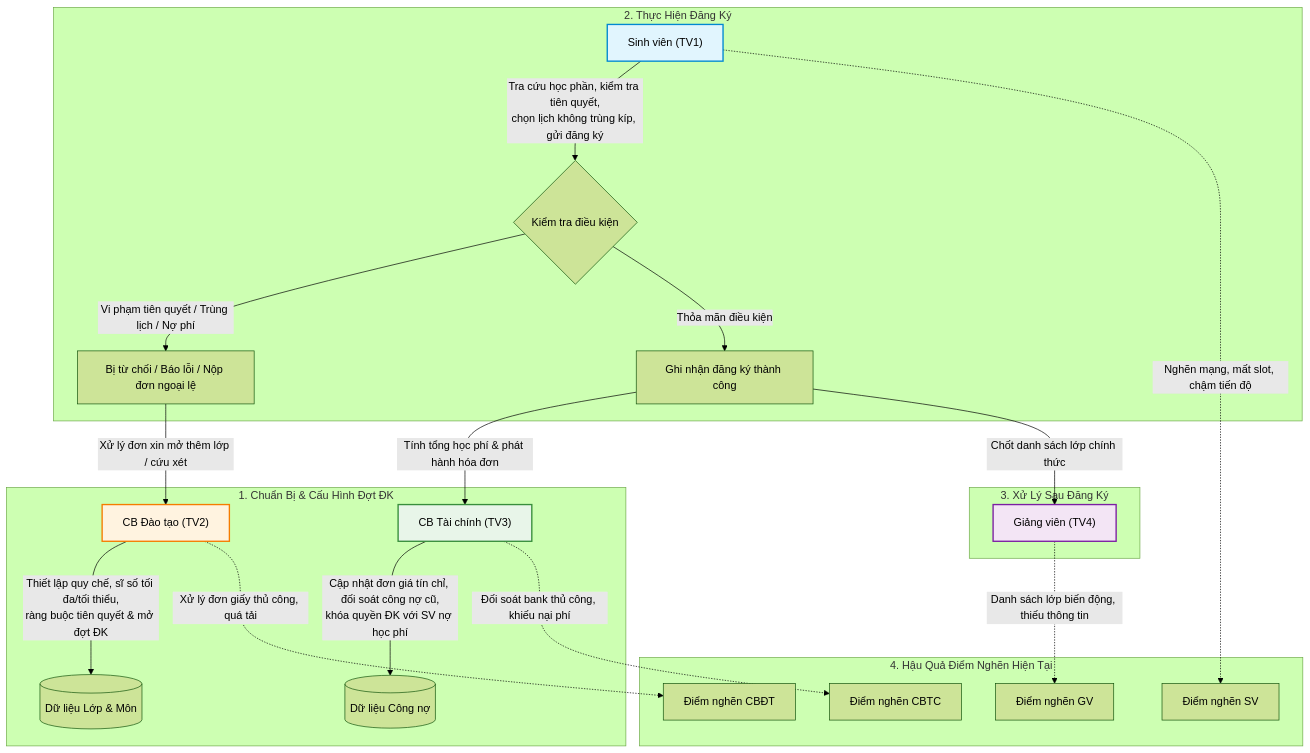
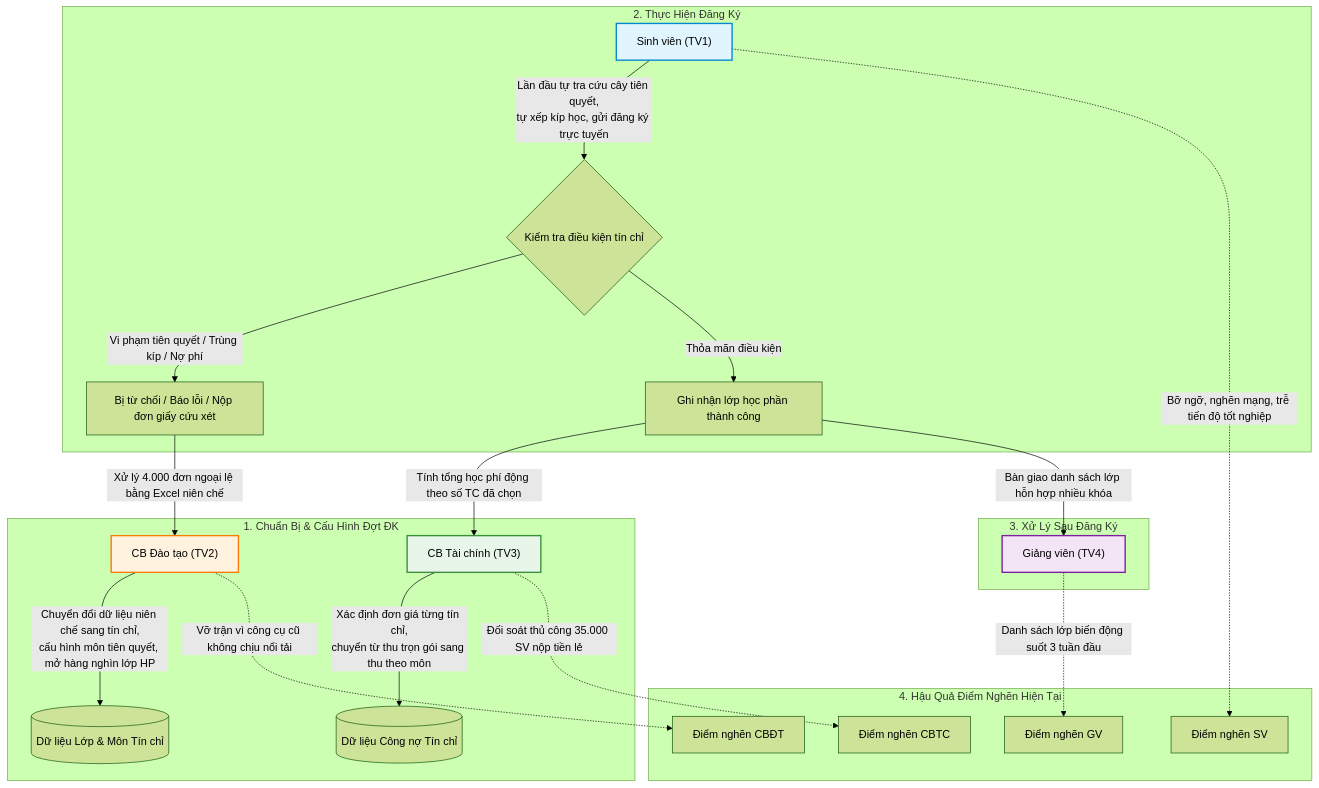
The first of 2 diagrams in docs/huong-dan-ke-hoach-bai-tap-1.md (cacancap/IT3120_QuanLyDaoTao), drawn with Mermaid (forest theme) before and after one commit. The commit also changed other lines of this file and 6 other files, not shown here.

````diff
--- a/docs/huong-dan-ke-hoach-bai-tap-1.md
+++ b/docs/huong-dan-ke-hoach-bai-tap-1.md
@@ -60,31 +72,31 @@
 ```mermaid
 flowchart TD
     subgraph S1["1. Chuẩn Bị & Cấu Hình Đợt ĐK"]
-        A["CB Đào tạo (TV2)"] -->|"Thiết lập quy chế, sĩ số tối đa/tối thiểu,<br/>ràng buộc tiên quyết & mở đợt ĐK"| DB[("Dữ liệu Lớp & Môn")]
-        B["CB Tài chính (TV3)"] -->|"Cập nhật đơn giá tín chỉ, đối soát công nợ cũ,<br/>khóa quyền ĐK với SV nợ học phí"| ACC[("Dữ liệu Công nợ")]
+        A["CB Đào tạo (TV2)"] -->|"Chuyển đổi dữ liệu niên chế sang tín chỉ,<br/>cấu hình môn tiên quyết, mở hàng nghìn lớp HP"| DB[("Dữ liệu Lớp & Môn Tín chỉ")]
+        B["CB Tài chính (TV3)"] -->|"Xác định đơn giá từng tín chỉ,<br/>chuyển từ thu trọn gói sang thu theo môn"| ACC[("Dữ liệu Công nợ Tín chỉ")]
     end
 
     subgraph S2["2. Thực Hiện Đăng Ký"]
-        C["Sinh viên (TV1)"] -->|"Tra cứu học phần, kiểm tra tiên quyết,<br/>chọn lịch không trùng kíp, gửi đăng ký"| GATE{"Kiểm tra điều kiện"}
-        GATE -->|"Vi phạm tiên quyết / Trùng lịch / Nợ phí"| ERR["Bị từ chối / Báo lỗi / Nộp đơn ngoại lệ"]
-        GATE -->|"Thỏa mãn điều kiện"| SUC["Ghi nhận đăng ký thành công"]
+        C["Sinh viên (TV1)"] -->|"Lần đầu tự tra cứu cây tiên quyết,<br/>tự xếp kíp học, gửi đăng ký trực tuyến"| GATE{"Kiểm tra điều kiện tín chỉ"}
+        GATE -->|"Vi phạm tiên quyết / Trùng kíp / Nợ phí"| ERR["Bị từ chối / Báo lỗi / Nộp đơn giấy cứu xét"]
+        GATE -->|"Thỏa mãn điều kiện"| SUC["Ghi nhận lớp học phần thành công"]
     end
 
     subgraph S3["3. Xử Lý Sau Đăng Ký"]
-        ERR -->|"Xử lý đơn xin mở thêm lớp / cứu xét"| A
-        SUC -->|"Tính tổng học phí & phát hành hóa đơn"| B
-        SUC -->|"Chốt danh sách lớp chính thức"| D["Giảng viên (TV4)"]
+        ERR -->|"Xử lý 4.000 đơn ngoại lệ bằng Excel niên chế"| A
+        SUC -->|"Tính tổng học phí động theo số TC đã chọn"| B
+        SUC -->|"Bàn giao danh sách lớp hỗn hợp nhiều khóa"| D["Giảng viên (TV4)"]
     end
 
     subgraph S4["4. Hậu Quả Điểm Nghẽn Hiện Tại"]
-        A -.->|"Xử lý đơn giấy thủ công, quá tải"| P2["Điểm nghẽn CBĐT"]
-        B -.->|"Đối soát bank thủ công, khiếu nại phí"| P3["Điểm nghẽn CBTC"]
-        C -.->|"Nghẽn mạng, mất slot, chậm tiến độ"| P1["Điểm nghẽn SV"]
-        D -.->|"Danh sách lớp biến động, thiếu thông tin"| P4["Điểm nghẽn GV"]
+        A -.->|"Vỡ trận vì công cụ cũ không chịu nổi tải"| P2["Điểm nghẽn CBĐT"]
+        B -.->|"Đối soát thủ công 35.000 SV nộp tiền lẻ"| P3["Điểm nghẽn CBTC"]
+        C -.->|"Bỡ ngỡ, nghẽn mạng, trễ tiến độ tốt nghiệp"| P1["Điểm nghẽn SV"]
+        D -.->|"Danh sách lớp biến động suốt 3 tuần đầu"| P4["Điểm nghẽn GV"]
     end
 
     style C fill:#e1f5fe,stroke:#0288d1,stroke-width:2px
     style A fill:#fff3e0,stroke:#f57c00,stroke-width:2px
     style B fill:#e8f5e9,stroke:#388e3c,stroke-width:2px
     style D fill:#f3e5f5,stroke:#7b1fa2,stroke-width:2px
 ```
````
